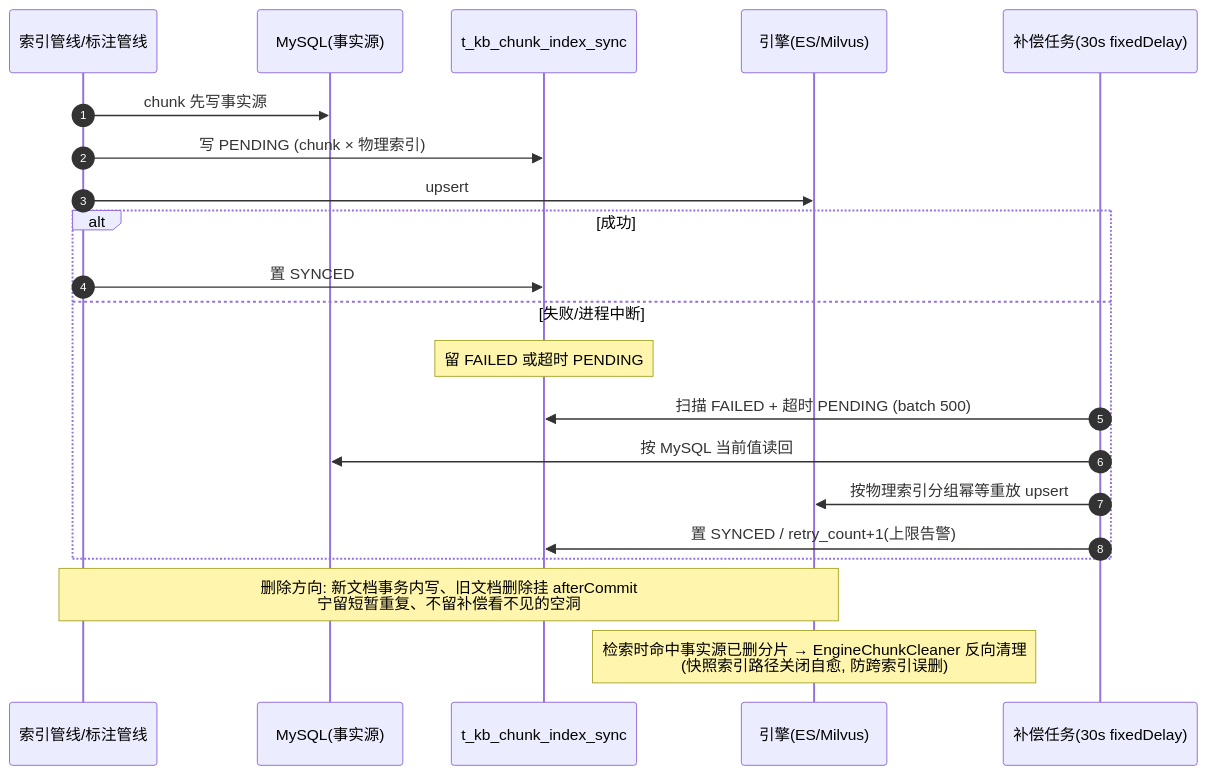
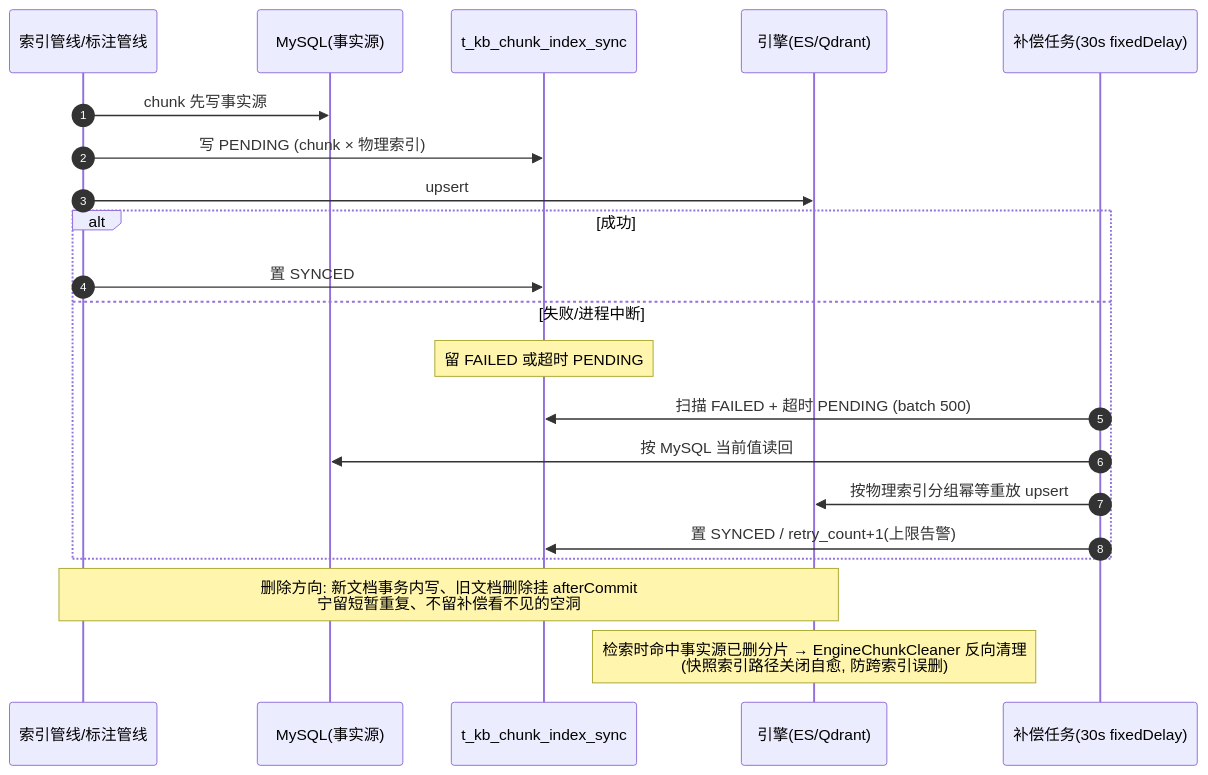
Before and after one commit to liulangjietou/kb-rag: the fifth of 14 diagrams in kb-rag-deploy/docs/FLOWS.md, drawn with Mermaid. The commit also changed other lines of this file and 55 other files, not shown here.

First line of the commit message:
feat(vector): 向量引擎由 Milvus 换为 Qdrant

````diff
--- a/kb-rag-deploy/docs/FLOWS.md
+++ b/kb-rag-deploy/docs/FLOWS.md
@@ -134,24 +134,24 @@
 ```mermaid
 sequenceDiagram
     autonumber
     participant P as 索引管线/标注管线
     participant DB as MySQL(事实源)
     participant SY as t_kb_chunk_index_sync
-    participant E as 引擎(ES/Milvus)
+    participant E as 引擎(ES/Qdrant)
     participant C as 补偿任务(30s fixedDelay)
 
     P->>DB: chunk 先写事实源
     P->>SY: 写 PENDING (chunk × 物理索引)
     P->>E: upsert
     alt 成功
         P->>SY: 置 SYNCED
     else 失败/进程中断
         Note over SY: 留 FAILED 或超时 PENDING
         C->>SY: 扫描 FAILED + 超时 PENDING (batch 500)
         C->>DB: 按 MySQL 当前值读回
         C->>E: 按物理索引分组幂等重放 upsert
         C->>SY: 置 SYNCED / retry_count+1(上限告警)
     end
     Note over P,E: 删除方向: 新文档事务内写、旧文档删除挂 afterCommit<br/>宁留短暂重复、不留补偿看不见的空洞
     Note over E: 检索时命中事实源已删分片 → EngineChunkCleaner 反向清理<br/>(快照索引路径关闭自愈, 防跨索引误删)
 ```
````
